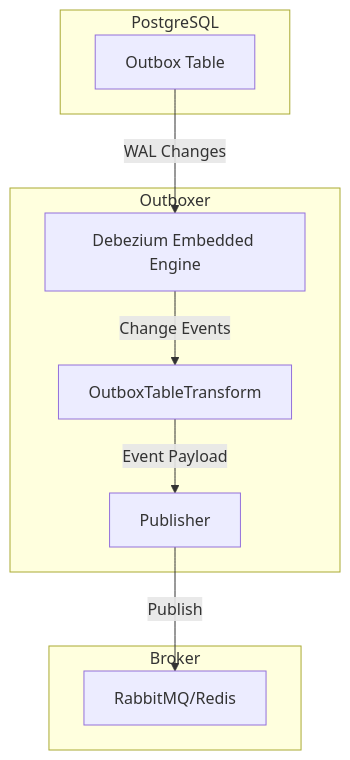
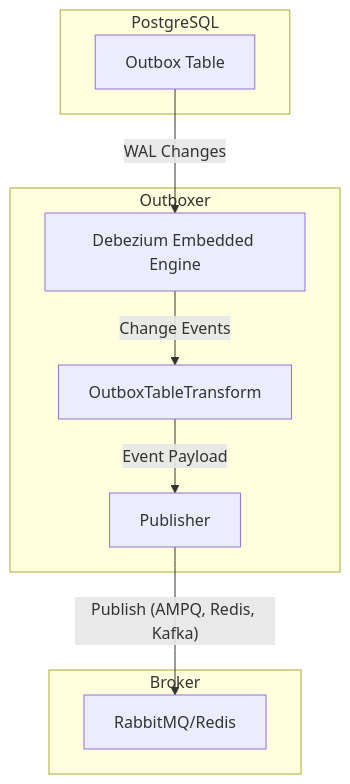
The diagram in README.md (sdg7onado/Outboxer-Proxima-Postgres2AMPQ-Kafka-Redis), drawn with Mermaid before and after one commit.

Commit message:
Update README.md: Clarify publish step in flowchart to specify "AMPQ, Redis, Kafka"

````diff
--- a/README.md
+++ b/README.md
@@ -166,18 +166,18 @@
 ```mermaid
 flowchart TD
     subgraph PostgreSQL
         A[Outbox Table]
     end
     subgraph Outboxer
         B[Debezium Embedded Engine]
         C[OutboxTableTransform]
         D[Publisher]
     end
     subgraph Broker
         E[RabbitMQ/Redis]
     end
     A -- WAL Changes --> B
     B -- Change Events --> C
     C -- Event Payload --> D
-    D -- Publish --> E
+    D -- Publish (AMPQ, Redis, Kafka) --> E
 ```
````
